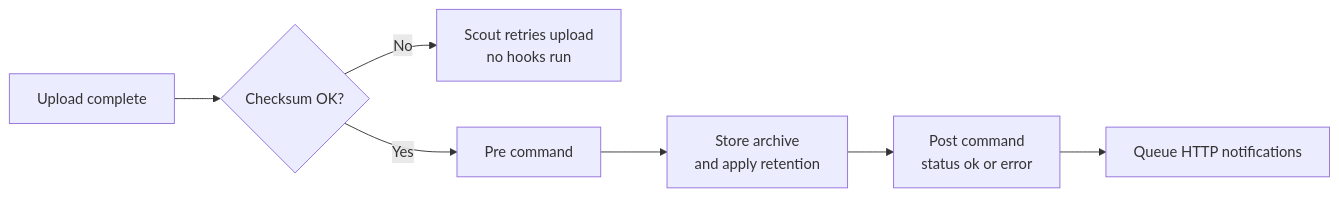
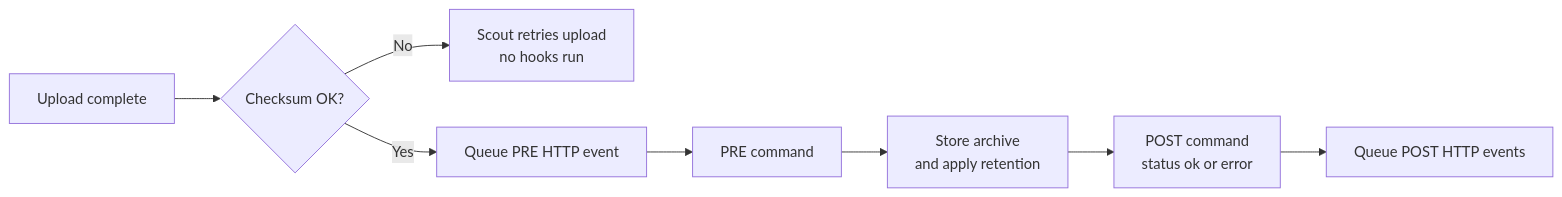
The diagram in docs/station/hooks.mdx (thesteau/3to1go), drawn with Mermaid before and after one commit. The commit also changed other lines of this file and 40 other files, not shown here.

````diff
--- a/docs/station/hooks.mdx
+++ b/docs/station/hooks.mdx
@@ -8,9 +8,10 @@
 ```mermaid
 flowchart LR
     A[Upload complete] --> B{Checksum OK?}
     B -->|No| X[Scout retries upload<br/>no hooks run]
-    B -->|Yes| PRE[Pre command]
+    B -->|Yes| NPRE[Queue PRE HTTP event]
+    NPRE --> PRE[PRE command]
     PRE --> S[Store archive<br/>and apply retention]
-    S --> POST[Post command<br/>status ok or error]
-    POST --> N[Queue HTTP notifications]
+    S --> POST[POST command<br/>status ok or error]
+    POST --> N[Queue POST HTTP events]
 ```
````
